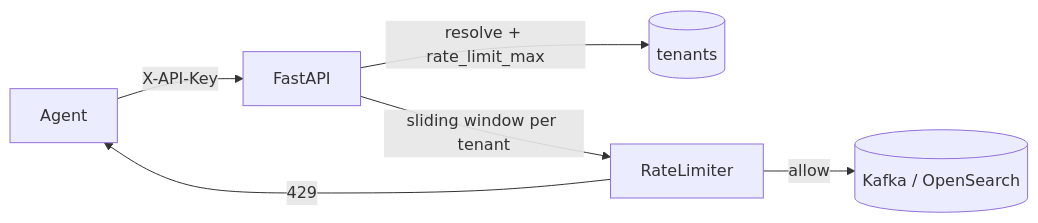
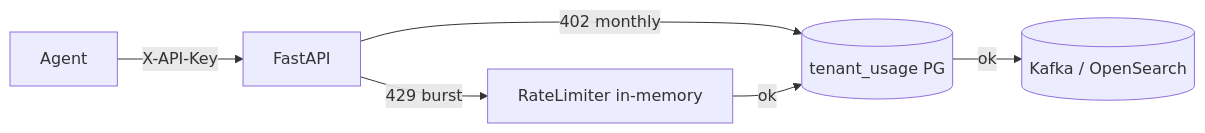
One commit to jayakrishnan98/InsightNode changed the diagram in docs/phase-6-architecture.md. Above: the diagram before and after it, drawn with Mermaid. The commit also changed other lines of this file and 6 other files, not shown here.

````diff
--- a/docs/phase-6-architecture.md
+++ b/docs/phase-6-architecture.md
@@ -18,8 +18,8 @@
 ```mermaid
 flowchart LR
   Agent -->|X-API-Key| API[FastAPI]
-  API -->|resolve + rate_limit_max| T[(tenants)]
-  API -->|sliding window per tenant| RL[RateLimiter]
-  RL -->|allow| K[(Kafka / OpenSearch)]
-  RL -->|429| Agent
+  API -->|429 burst| RL[RateLimiter in-memory]
+  API -->|402 monthly| Q[(tenant_usage PG)]
+  RL -->|ok| Q
+  Q -->|ok| Store[(Kafka / OpenSearch)]
 ```
````
